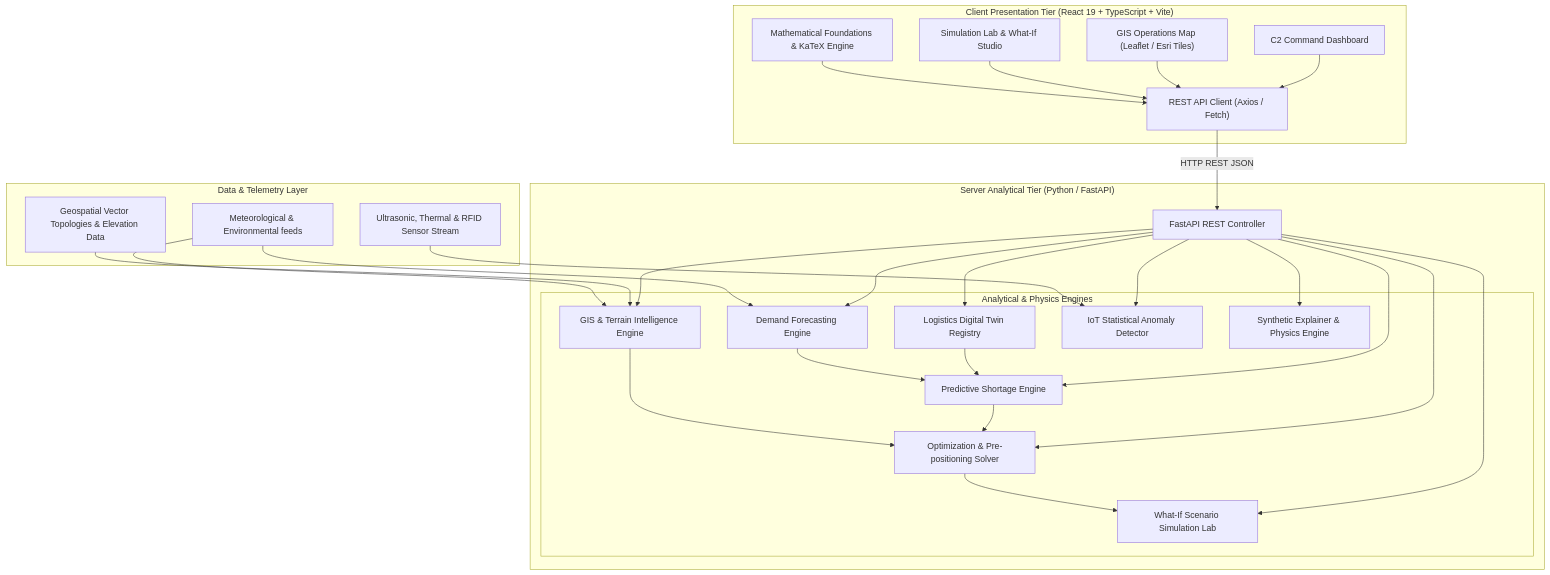
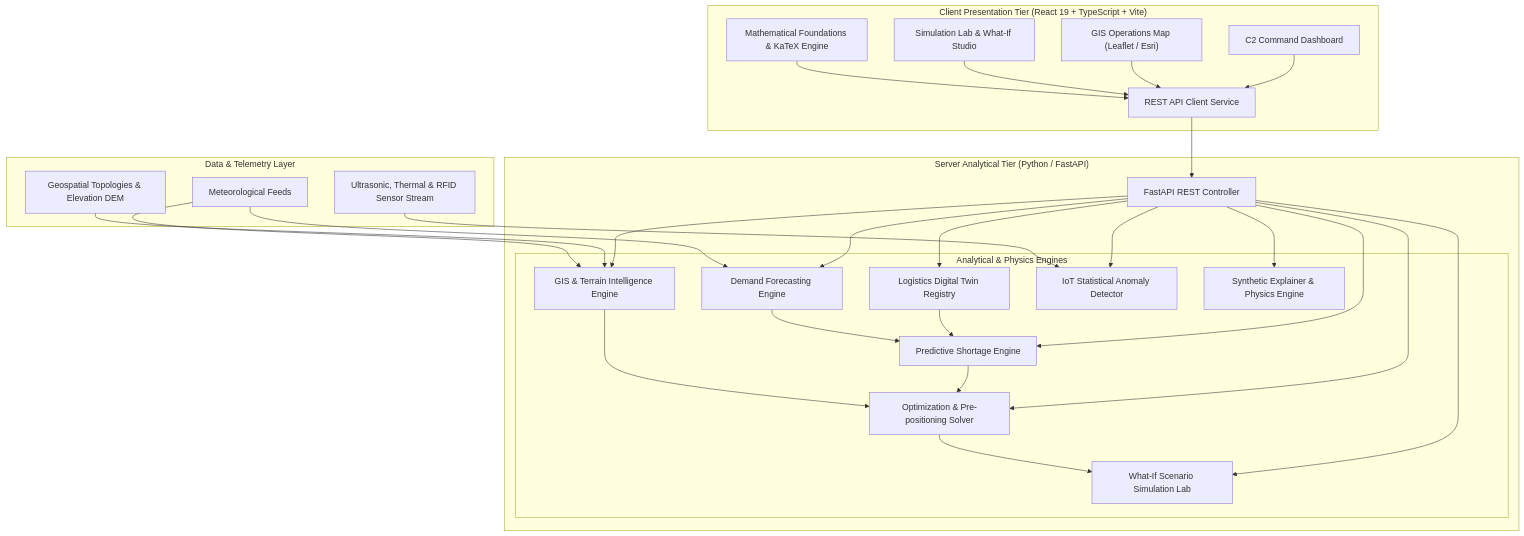
The fourth of 15 diagrams in README.md (xylium117/logiscope.ai), drawn with Mermaid before and after one commit. The commit also changed other lines of this file, not shown here.

Commit message:
docs: add table of contents, convert all flowcharts and hierarchies to mermaid diagrams, and fix LaTeX math escaping for GitHub markdown

````diff
--- a/README.md
+++ b/README.md
@@ -119,57 +185,57 @@
 ```mermaid
-graph TD
+flowchart TD
     subgraph Client ["Client Presentation Tier (React 19 + TypeScript + Vite)"]
         UI["C2 Command Dashboard"]
-        MAP["GIS Operations Map (Leaflet / Esri Tiles)"]
+        MAP["GIS Operations Map (Leaflet / Esri)"]
         SIM_UI["Simulation Lab & What-If Studio"]
         SYN_UI["Mathematical Foundations & KaTeX Engine"]
-        API_SVC["REST API Client (Axios / Fetch)"]
+        API_SVC["REST API Client Service"]
     end
 
     subgraph Server ["Server Analytical Tier (Python / FastAPI)"]
         API_ROUTER["FastAPI REST Controller"]
         
         subgraph Engines ["Analytical & Physics Engines"]
             TWIN["Logistics Digital Twin Registry"]
             FORECAST["Demand Forecasting Engine"]
             ROUTE_INTEL["GIS & Terrain Intelligence Engine"]
             SHORTAGE["Predictive Shortage Engine"]
             ANOMALY["IoT Statistical Anomaly Detector"]
             OPTIMIZER["Optimization & Pre-positioning Solver"]
             SIMULATOR["What-If Scenario Simulation Lab"]
             SYNTHETIC["Synthetic Explainer & Physics Engine"]
         end
     end
 
     subgraph Data ["Data & Telemetry Layer"]
-        ENV_DATA["Meteorological & Environmental feeds"]
+        ENV_DATA["Meteorological Feeds"]
         IOT_FEED["Ultrasonic, Thermal & RFID Sensor Stream"]
-        GEO_DATA["Geospatial Vector Topologies & Elevation Data"]
+        GEO_DATA["Geospatial Topologies & Elevation DEM"]
     end
 
     UI --> API_SVC
     MAP --> API_SVC
     SIM_UI --> API_SVC
     SYN_UI --> API_SVC
 
-    API_SVC -->|HTTP REST JSON| API_ROUTER
+    API_SVC --> API_ROUTER
 
     API_ROUTER --> TWIN
     API_ROUTER --> FORECAST
     API_ROUTER --> ROUTE_INTEL
     API_ROUTER --> SHORTAGE
     API_ROUTER --> ANOMALY
     API_ROUTER --> OPTIMIZER
     API_ROUTER --> SIMULATOR
     API_ROUTER --> SYNTHETIC
 
     GEO_DATA --> ROUTE_INTEL
     ENV_DATA --> ROUTE_INTEL
     ENV_DATA --> FORECAST
     IOT_FEED --> ANOMALY
     TWIN --> SHORTAGE
     FORECAST --> SHORTAGE
     SHORTAGE --> OPTIMIZER
     ROUTE_INTEL --> OPTIMIZER
     OPTIMIZER --> SIMULATOR
 ```
````
